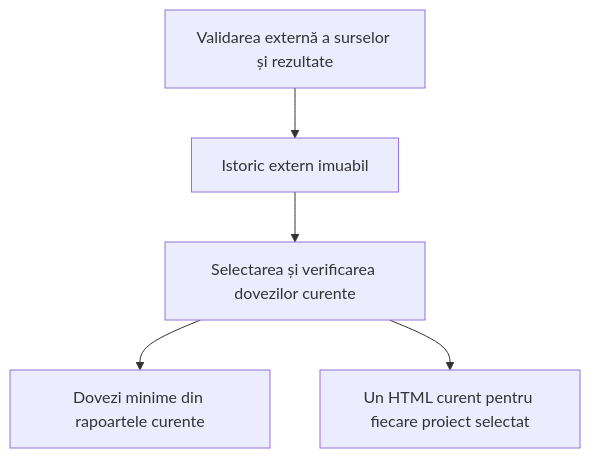
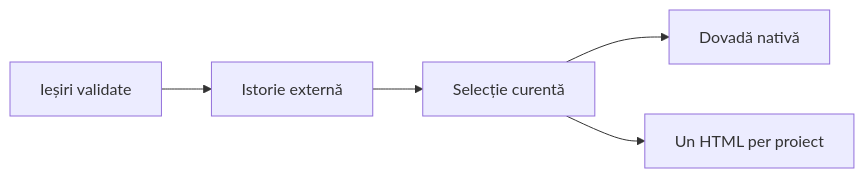
The diagram in artifacts/README.md (crististefanita/ATF_AI), drawn with Mermaid before and after one commit. The commit also changed other lines of this file and 111 other files, not shown here.

````diff
--- a/artifacts/README.md
+++ b/artifacts/README.md
@@ -18,7 +19,7 @@
 ```mermaid
-flowchart TB
-    Source["Validarea externă a surselor și rezultate"] --> Collect["Istoric extern imuabil"]
-    Collect --> Catalog["Selectarea și verificarea dovezilor curente"]
-    Catalog --> Review["Dovezi minime din rapoartele curente"]
-    Catalog --> Atlas["Un HTML curent pentru fiecare proiect selectat"]
+flowchart LR
+    Source["Ieșiri validate"] --> Collect["Istorie externă"]
+    Collect --> Catalog["Selecție curentă"]
+    Catalog --> Review["Dovadă nativă"]
+    Catalog --> Atlas["Un HTML per proiect"]
 ```
````
